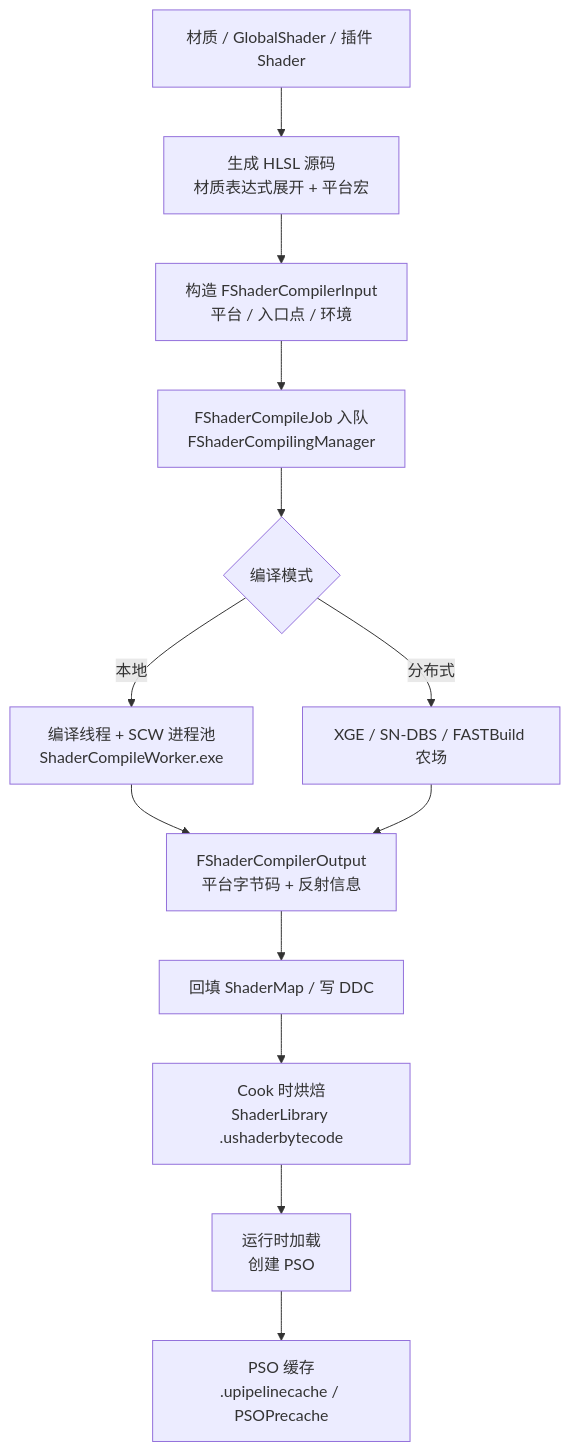
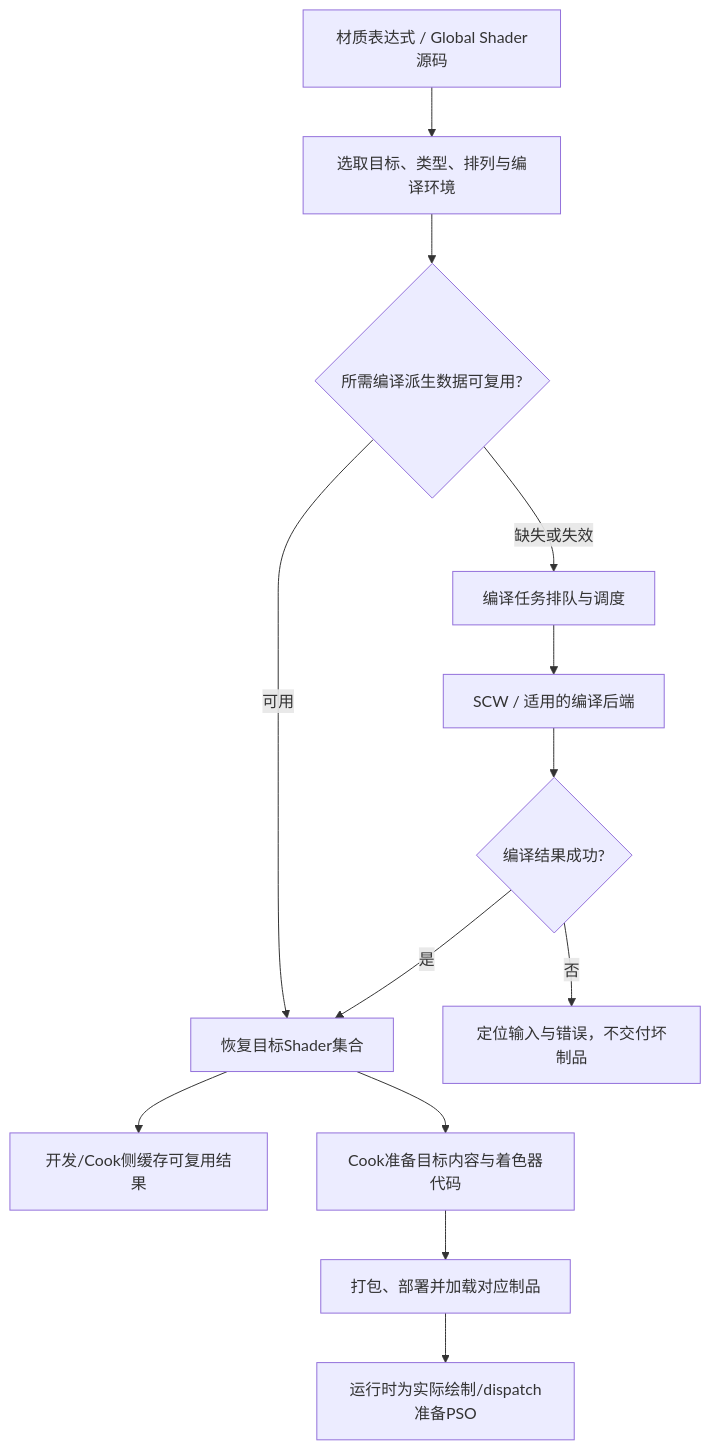
Before and after one commit to fantuan812/learning: the first of 3 diagrams in 知识/08-工程实践与质量/构建编译与制品/07-Shader编译管线与PSO.md, drawn with Mermaid. The commit also changed other lines of this file and 2 other files, not shown here.

````diff
--- a/知识/08-工程实践与质量/构建编译与制品/07-Shader编译管线与PSO.md
+++ b/知识/08-工程实践与质量/构建编译与制品/07-Shader编译管线与PSO.md
@@ -60,15 +104,15 @@
 ```mermaid
 flowchart TD
-    A[材质 / GlobalShader / 插件 Shader] --> B[生成 HLSL 源码<br/>材质表达式展开 + 平台宏]
-    B --> C[构造 FShaderCompilerInput<br/>平台 / 入口点 / 环境]
-    C --> D[FShaderCompileJob 入队<br/>FShaderCompilingManager]
-    D --> E{编译模式}
-    E -->|本地| F[编译线程 + SCW 进程池<br/>ShaderCompileWorker.exe]
-    E -->|分布式| G[XGE / SN-DBS / FASTBuild 农场]
-    F --> H[FShaderCompilerOutput<br/>平台字节码 + 反射信息]
-    G --> H
-    H --> I[回填 ShaderMap / 写 DDC]
-    I --> J[Cook 时烘焙<br/>ShaderLibrary .ushaderbytecode]
-    J --> K[运行时加载<br/>创建 PSO]
-    K --> L[PSO 缓存<br/>.upipelinecache / PSOPrecache]
+    A["材质表达式 / Global Shader源码"] --> B["选取目标、类型、排列与编译环境"]
+    B --> C{"所需编译派生数据可复用?"}
+    C -->|可用| G["恢复目标Shader集合"]
+    C -->|缺失或失效| D["编译任务排队与调度"]
+    D --> E["SCW / 适用的编译后端"]
+    E --> F{"编译结果成功?"}
+    F -->|否| X["定位输入与错误，不交付坏制品"]
+    F -->|是| G
+    G --> H["开发/Cook侧缓存可复用结果"]
+    G --> I["Cook准备目标内容与着色器代码"]
+    I --> J["打包、部署并加载对应制品"]
+    J --> K["运行时为实际绘制/dispatch准备PSO"]
 ```
````
